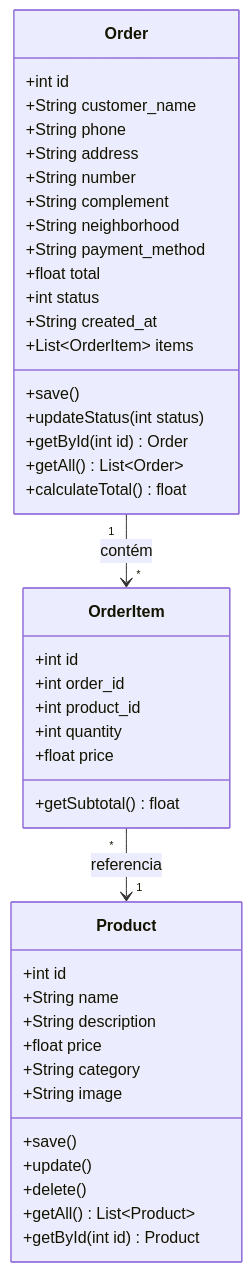
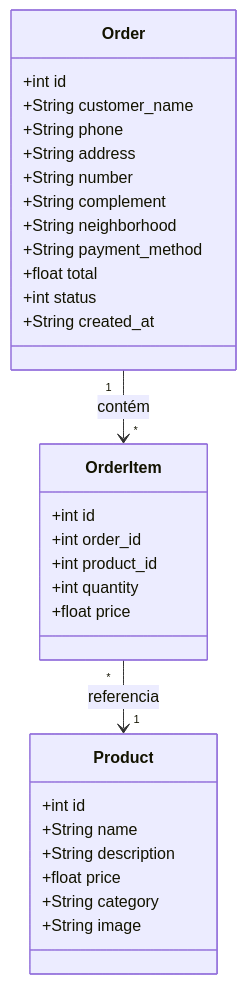
The second of 2 diagrams in docs/uml.md (devmnl/cupcake-gourmet), drawn with Mermaid before and after one commit. The commit also changed other lines of this file and 26 other files, not shown here.

````diff
--- a/docs/uml.md
+++ b/docs/uml.md
@@ -70,48 +50,36 @@
 ```mermaid
 classDiagram
     class Product {
         +int id
         +String name
         +String description
         +float price
         +String category
         +String image
-        +save()
-        +update()
-        +delete()
-        +getAll() List~Product~
-        +getById(int id) Product
     }
 
     class Order {
         +int id
         +String customer_name
         +String phone
         +String address
         +String number
         +String complement
         +String neighborhood
         +String payment_method
         +float total
         +int status
         +String created_at
-        +List~OrderItem~ items
-        +save()
-        +updateStatus(int status)
-        +getById(int id) Order
-        +getAll() List~Order~
-        +calculateTotal() float
     }
 
     class OrderItem {
         +int id
         +int order_id
         +int product_id
         +int quantity
         +float price
-        +getSubtotal() float
     }
 
     Order "1" --> "*" OrderItem : contém
     OrderItem "*" --> "1" Product : referencia
 ```
````
